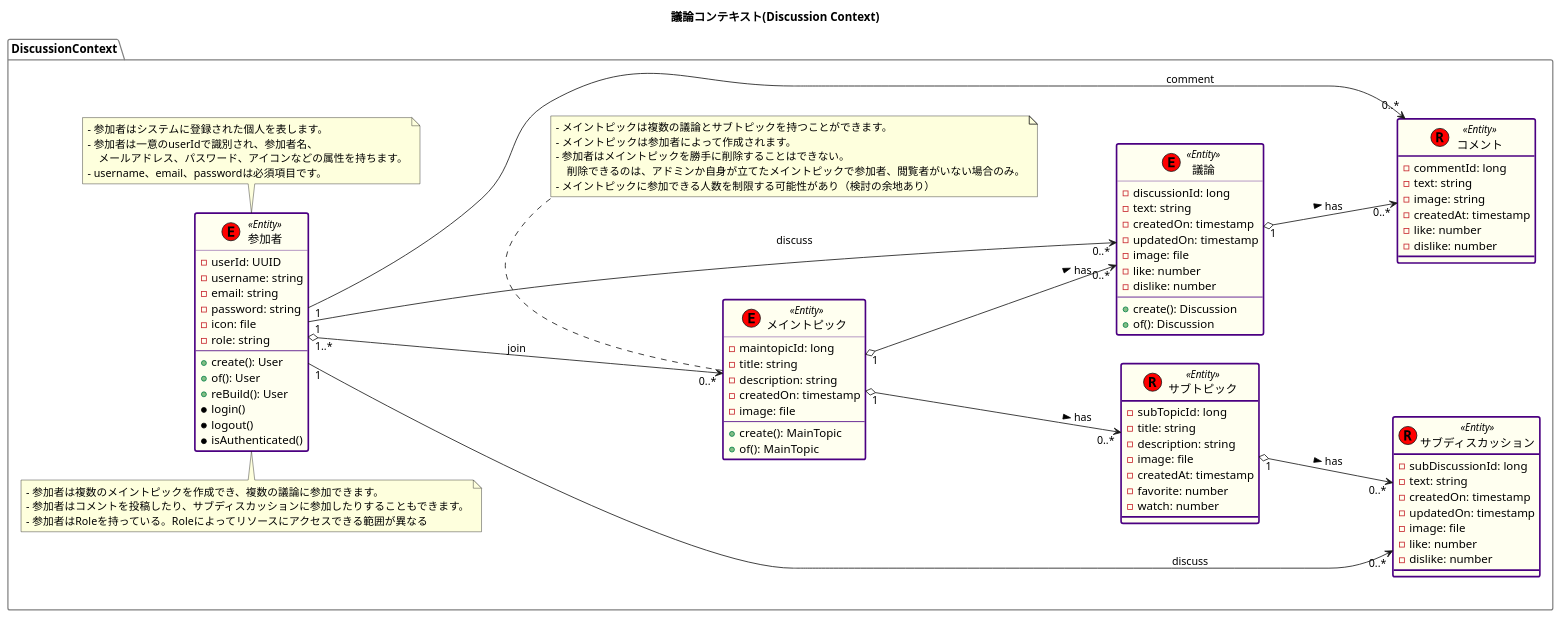
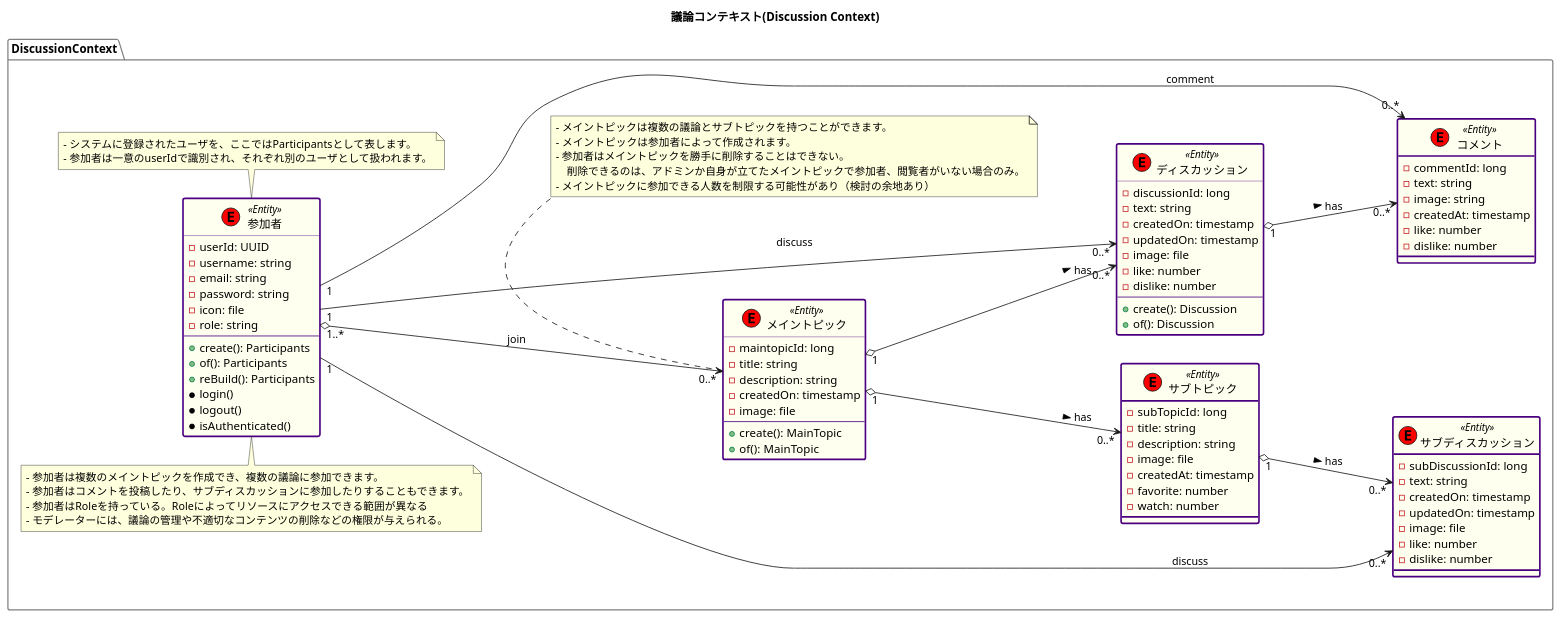
The diagram in docs/uml/domainmodel_discussion.pu (POD-azlamarhyu/go_cleanarchitecture_practice), drawn with PlantUML before and after one commit.

Commit message:
表現を変更

```diff
--- a/docs/uml/domainmodel_discussion.pu
+++ b/docs/uml/domainmodel_discussion.pu
@@ -1,114 +1,111 @@
 @startuml domain-models-discussion
 
 left to right direction
 
 skinparam ClassBackgroundColor Ivory
 skinparam ClassBorderColor Indigo
-skinparam EntityBackgroundColor Ivory
-skinparam EntityBorderColor Indigo
 
 title 議論コンテキスト(Discussion Context)
 
 package DiscussionContext as DM #line:Gray {
 
-    entity "参加者" as User << (E, Red) Entity >> #line.bold {
+    class "参加者" as Participants << (E, Red) Entity >> #line.bold {
         - userId: UUID
         - username: string
         - email: string
         - password: string
         - icon: file
         - role: string
         --
-        + create(): User
-        + of(): User
-        + reBuild(): User 
+        + create(): Participants
+        + of(): Participants
+        + reBuild(): Participants 
         * login()
         * logout()
         * isAuthenticated() 
     }
-    note bottom of User
-        - 参加者はシステムに登録された個人を表します。
-        - 参加者は一意のuserIdで識別され、参加者名、
-            メールアドレス、パスワード、アイコンなどの属性を持ちます。
-        - username、email、passwordは必須項目です。
+    note bottom of Participants
+        - システムに登録されたユーザを、ここではParticipantsとして表します。
+        - 参加者は一意のuserIdで識別され、それぞれ別のユーザとして扱われます。
     end note
 
-    note top of User
+    note top of Participants
         - 参加者は複数のメイントピックを作成でき、複数の議論に参加できます。
         - 参加者はコメントを投稿したり、サブディスカッションに参加したりすることもできます。
         - 参加者はRoleを持っている。Roleによってリソースにアクセスできる範囲が異なる
+        - モデレーターには、議論の管理や不適切なコンテンツの削除などの権限が与えられる。
     end note
 
-    entity "メイントピック" as MainTopic << (E, Red) Entity >> #line.bold {
+    class "メイントピック" as MainTopic << (E, Red) Entity >> #line.bold {
         - maintopicId: long
         - title: string
         - description: string
         - createdOn: timestamp
         - image: file
         --
         + create(): MainTopic
         + of(): MainTopic
     }
 
     note bottom of MainTopic
         - メイントピックは複数の議論とサブトピックを持つことができます。
         - メイントピックは参加者によって作成されます。
         - 参加者はメイントピックを勝手に削除することはできない。
             削除できるのは、アドミンか自身が立てたメイントピックで参加者、閲覧者がいない場合のみ。
         - メイントピックに参加できる人数を制限する可能性があり（検討の余地あり）
     end note
 
-    entity "議論" as Discussion << (E, Red) Entity >> #line.bold {
+    class "ディスカッション" as Discussion << (E, Red) Entity >> #line.bold {
         - discussionId: long
         - text: string
         - createdOn: timestamp
         - updatedOn: timestamp
         - image: file
         - like: number
         - dislike: number
         --
         + create(): Discussion
         + of(): Discussion
     }
 
-    entity "サブディスカッション" as SubDiscussion << (R, Red) Entity >> #line.bold {
+    class "サブディスカッション" as SubDiscussion << (E, Red) Entity >> #line.bold {
         - subDiscussionId: long
         - text: string
         - createdOn: timestamp
         - updatedOn: timestamp
         - image: file
         - like: number
         - dislike: number
     }
 
-    entity "サブトピック" as SubTopic << (R, Red) Entity >> #line.bold {
+    class "サブトピック" as SubTopic << (E, Red) Entity >> #line.bold {
         - subTopicId: long
         - title: string
         - description: string
         - image: file
         - createdAt: timestamp
         - favorite: number
         - watch: number
     }
 
-    entity "コメント" as Comment << (R, Red) Entity >> #line.bold {
+    class "コメント" as Comment << (E, Red) Entity >> #line.bold {
         - commentId: long
         - text: string
         - image: string
         - createdAt: timestamp
         - like: number
         - dislike: number
     }
 }
 
 
-User "1..*" o--> " 0..*" MainTopic : join
-User "1" --> "0..*" Discussion : discuss
+Participants "1..*" o--> " 0..*" MainTopic : join
+Participants "1" --> "0..*" Discussion : discuss
 MainTopic "1" o--> "0..*" Discussion :has >
 MainTopic "1" o--> "0..*" SubTopic : has >
 Discussion "1" o---> "0..*" Comment : has >
-User "1" ---> "0..*" Comment : comment
+Participants "1" ---> "0..*" Comment : comment
 SubTopic "1" o---> "0..*" SubDiscussion : has >
-User "1" ---> "0..*" SubDiscussion : discuss
+Participants "1" ---> "0..*" SubDiscussion : discuss
 
 @enduml
```
